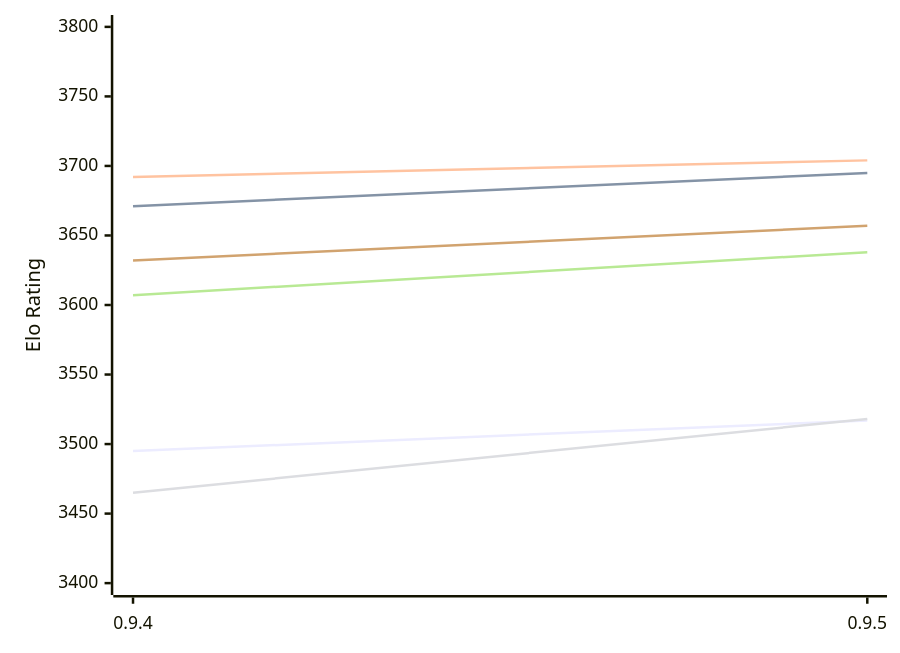
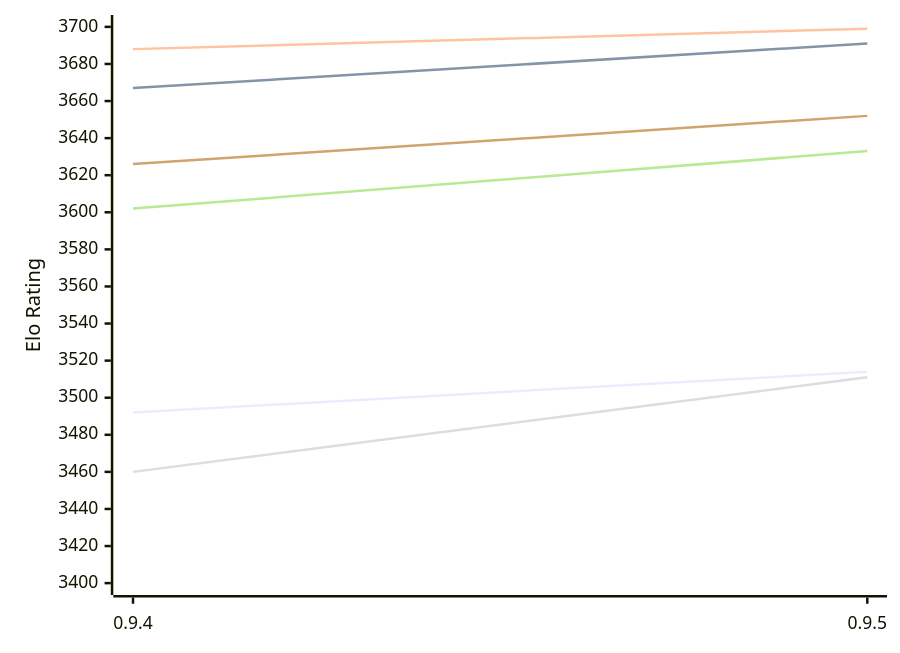
Before and after one commit to computer-chess-index/cci: the first of 2 diagrams in engines/Coda.md, drawn with Mermaid. The commit also changed other lines of this file, not shown here.

Commit message:
Update CCI Ratings (ELO VLTC) - 2026-11-19

````diff
--- a/engines/Coda.md
+++ b/engines/Coda.md
@@ -52,12 +52,12 @@
 ```mermaid
 %%{init: {"theme":"base","themeVariables":{"seriesColors:['#a3a3a3','#222221','#faa371']}}}%%
 xychart-beta
   x-axis ["0.9.4", "0.9.5"]
-  y-axis "Elo Rating" 3400 --> 3800
-  line "E1: STC (8.0+0.08s)" [3495, 3517]
-  line "E1: LTC (60.0+0.60s)" [3671, 3695]
-  line "E1: VLTC (2m24s+1.12s)" [3692, 3704]
-  line "P1: STC (8.0+0.08s)" [3465, 3518]
-  line "P1: LTC (60.0+0.60s)" [3607, 3638]
-  line "P1: VLTC (2m24s+1.12s)" [3632, 3657]
+  y-axis "Elo Rating" 3400 --> 3700
+  line "E1: STC (8.0+0.08s)" [3492, 3514]
+  line "E1: LTC (60.0+0.60s)" [3667, 3691]
+  line "E1: VLTC (2m24s+1.12s)" [3688, 3699]
+  line "P1: STC (8.0+0.08s)" [3460, 3511]
+  line "P1: LTC (60.0+0.60s)" [3602, 3633]
+  line "P1: VLTC (2m24s+1.12s)" [3626, 3652]
 ```
````
